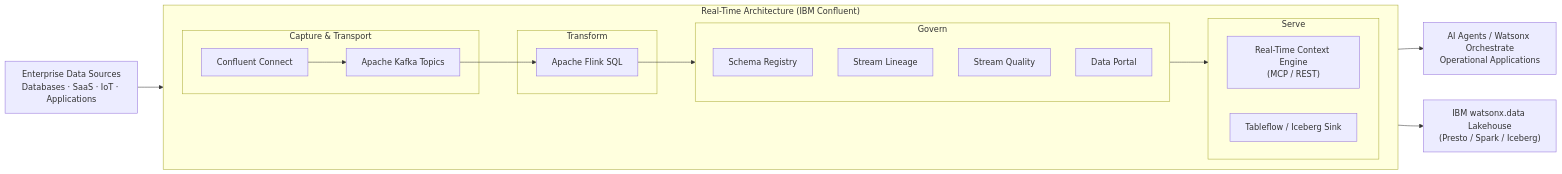
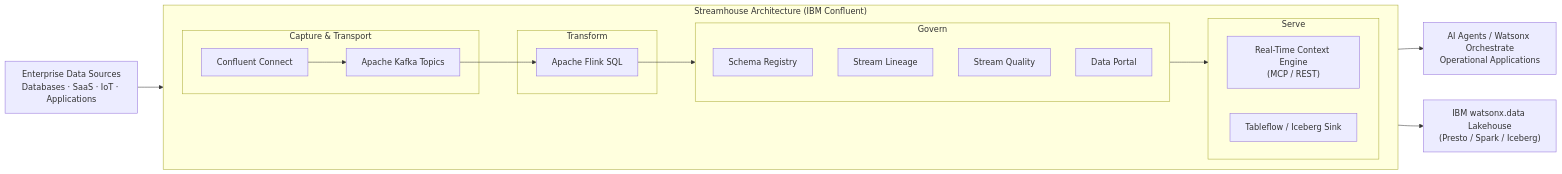
One commit to ibm-self-serve-assets/building-blocks-docs changed the diagram in docs-src/data-streamhouse-core/real-time/index.md. Above: the diagram before and after it, drawn with Mermaid. The commit also changed other lines of this file and 14 other files, not shown here.

````diff
--- a/docs-src/data-streamhouse-core/real-time/index.md
+++ b/docs-src/data-streamhouse-core/real-time/index.md
@@ -47,34 +47,34 @@
 ```mermaid
 flowchart LR
     SRC["Enterprise Data Sources<br/>Databases · SaaS · IoT · Applications"]
 
-    subgraph STREAMHOUSE["Real-Time Architecture (IBM Confluent)"]
+    subgraph STREAMHOUSE["Streamhouse Architecture (IBM Confluent)"]
         direction LR
         subgraph CAPTURE_TRANSPORT["Capture & Transport"]
             CONNECT["Confluent Connect"] --> KAFKA["Apache Kafka Topics"]
         end
 
         subgraph TRANSFORM["Transform"]
             KAFKA --> FLINK["Apache Flink SQL"]
         end
 
         subgraph GOVERN["Govern"]
             SR["Schema Registry"]
             SL["Stream Lineage"]
             SQ["Stream Quality"]
             DP["Data Portal"]
         end
 
         subgraph SERVE["Serve"]
             RTCE["Real-Time Context Engine<br/>(MCP / REST)"]
             TABLEFLOW["Tableflow / Iceberg Sink"]
         end
 
         FLINK --> GOVERN
         GOVERN --> SERVE
     end
 
     SRC --> CONNECT
     RTCE --> AGENTS["AI Agents / Watsonx Orchestrate<br/>Operational Applications"]
     TABLEFLOW --> LAKEHOUSE["IBM watsonx.data Lakehouse<br/>(Presto / Spark / Iceberg)"]
 ```
````
